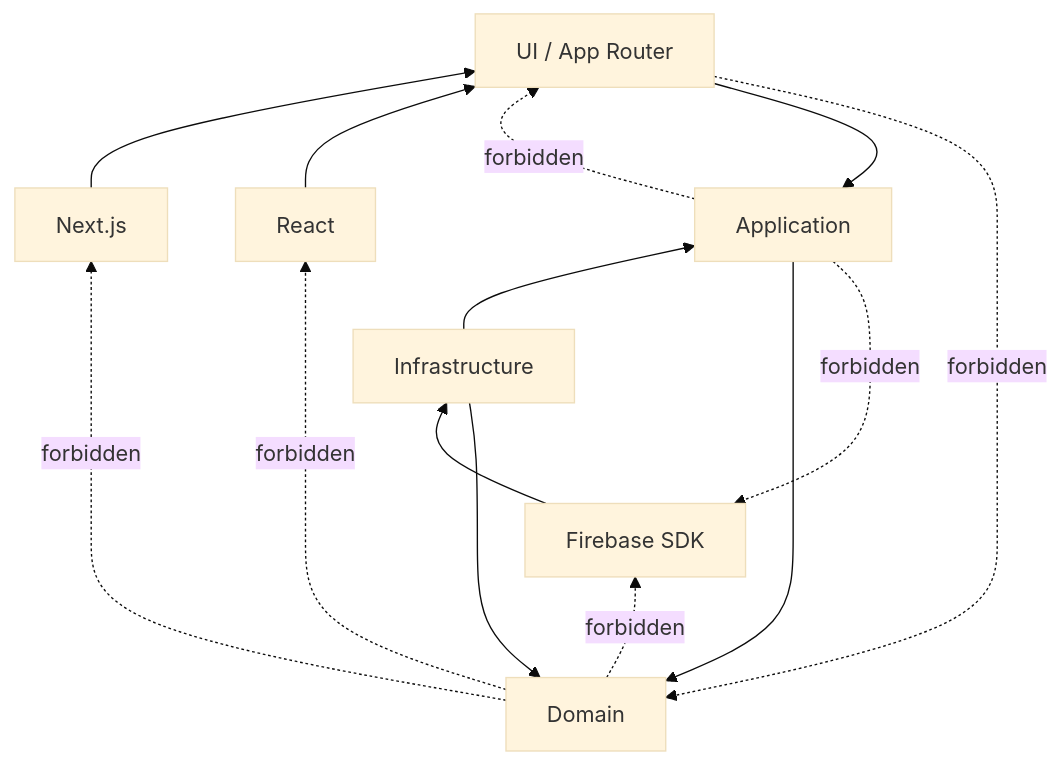
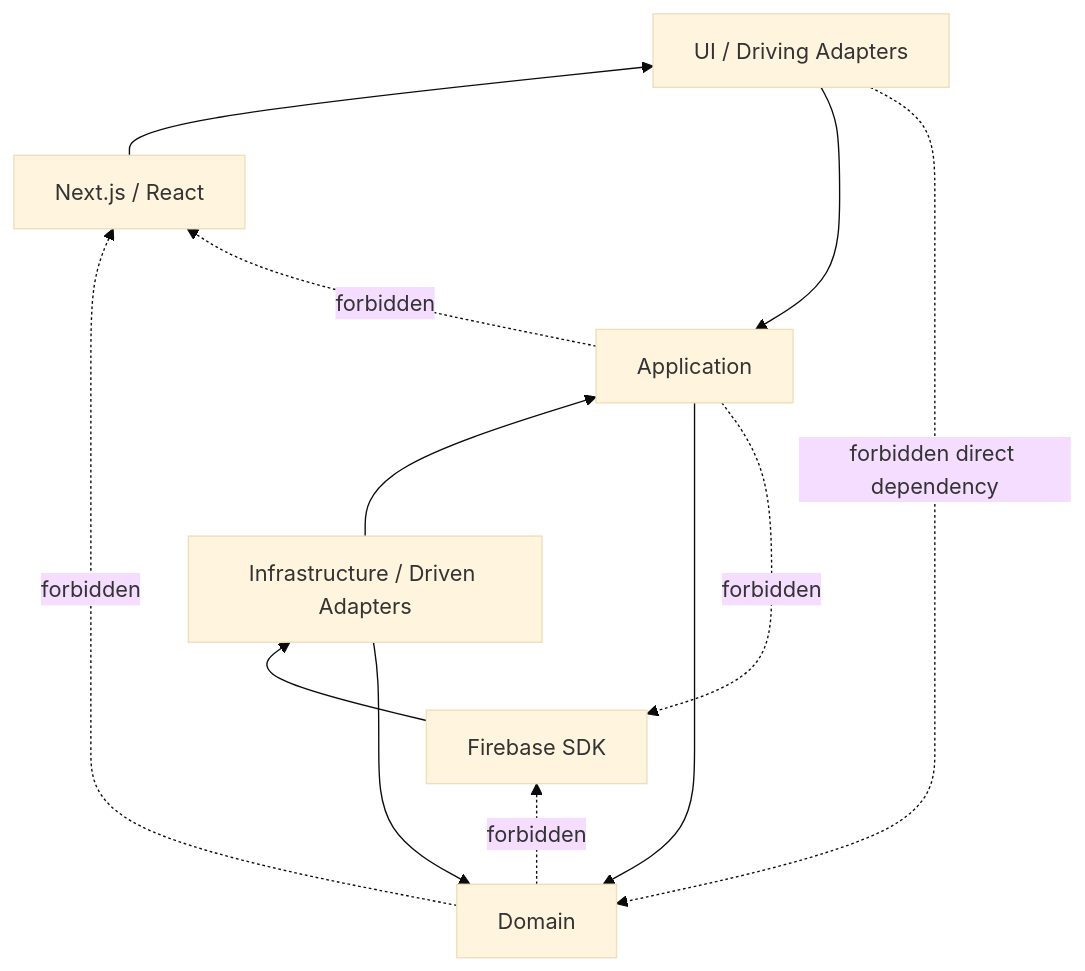
Before and after one commit to 369sup/worksync-hr: the diagram in docs/01-architecture/dependency-rule.md, drawn with Mermaid (base theme). The commit also changed other lines of this file and 40 other files, not shown here.

Commit message:
Refactor leave workflow architecture and UI

````diff
--- a/docs/01-architecture/dependency-rule.md
+++ b/docs/01-architecture/dependency-rule.md
@@ -7,25 +4,20 @@
 ```mermaid
 flowchart BT
-  DOM[Domain]
-  APP[Application]
-  UI[UI / App Router]
-  INF[Infrastructure]
-  FB[Firebase SDK]
-  NX[Next.js]
-  RC[React]
-
+  DOM["Domain"]
+  APP["Application"]
+  UI["UI / Driving Adapters"]
+  INF["Infrastructure / Driven Adapters"]
+  FB["Firebase SDK"]
+  NX["Next.js / React"]
   APP --> DOM
   UI --> APP
   INF --> APP
   INF --> DOM
   FB --> INF
   NX --> UI
-  RC --> UI
-
-  DOM -. forbidden .-> FB
-  DOM -. forbidden .-> NX
-  DOM -. forbidden .-> RC
-  APP -. forbidden .-> FB
-  APP -. forbidden .-> UI
-  UI -. forbidden .-> DOM
+  DOM -.->|"forbidden"| FB
+  DOM -.->|"forbidden"| NX
+  APP -.->|"forbidden"| FB
+  APP -.->|"forbidden"| NX
+  UI -.->|"forbidden direct dependency"| DOM
 ```
````
